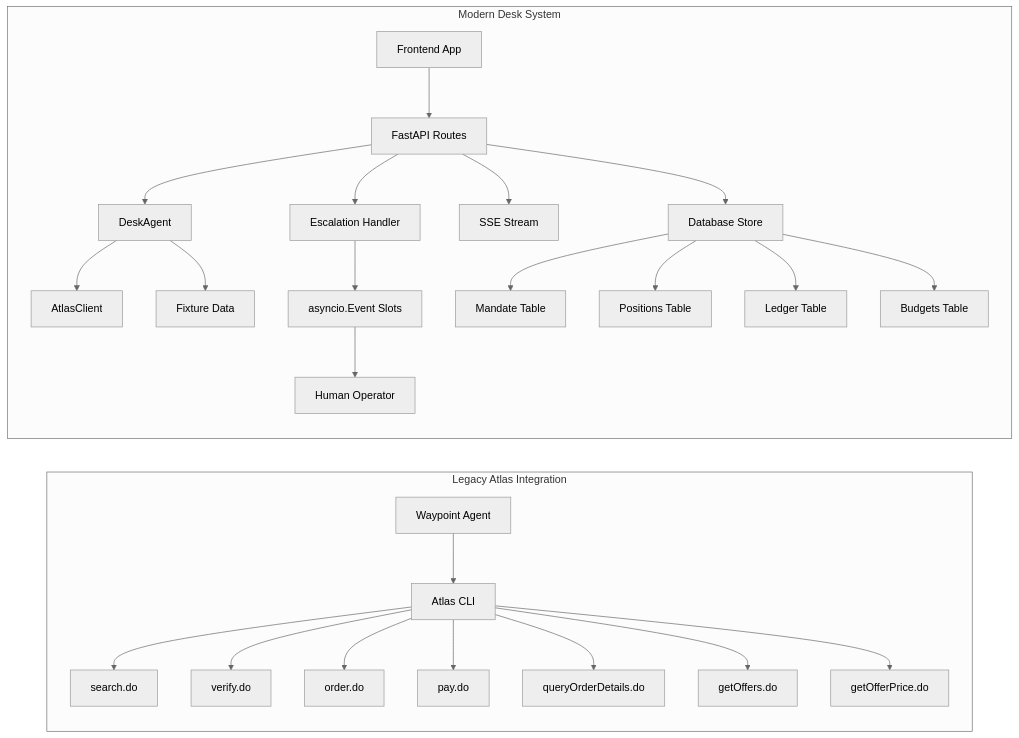
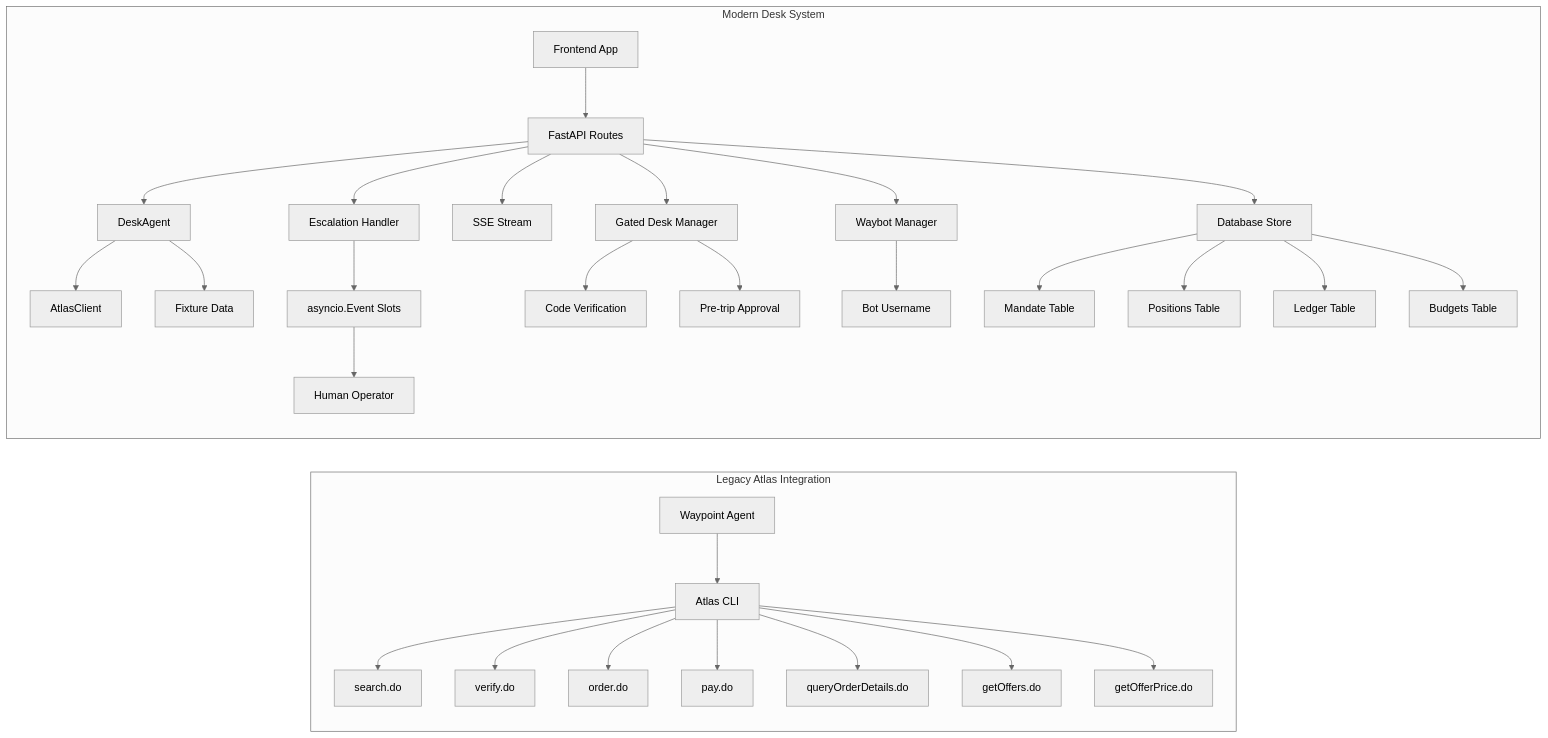
The third of 5 diagrams in .qoder/repowiki/en/content/Atlas Integration/API Endpoints & Usage.md (jaydonnnk/waypoint), drawn with Mermaid (neutral theme) before and after one commit. The commit also changed other lines of this file and 9 other files, not shown here.

````diff
--- a/.qoder/repowiki/en/content/Atlas Integration/API Endpoints & Usage.md
+++ b/.qoder/repowiki/en/content/Atlas Integration/API Endpoints & Usage.md
@@ -590,28 +719,33 @@
 ```mermaid
 graph LR
 subgraph "Legacy Atlas Integration"
 W["Waypoint Agent"] --> C["Atlas CLI"]
 C --> E1["search.do"]
 C --> E2["verify.do"]
 C --> E3["order.do"]
 C --> E4["pay.do"]
 C --> E5["queryOrderDetails.do"]
 C --> E6["getOffers.do"]
 C --> E7["getOfferPrice.do"]
 end
 subgraph "Modern Desk System"
 FE["Frontend App"] --> API["FastAPI Routes"]
 API --> DA["DeskAgent"]
 API --> DB["Database Store"]
 API --> SSE["SSE Stream"]
 API --> EH["Escalation Handler"]
+API --> GM["Gated Desk Manager"]
+API --> WM["Waybot Manager"]
 DA --> AC["AtlasClient"]
 DA --> FL["Fixture Data"]
 EH --> AE["asyncio.Event Slots"]
 AE --> HO["Human Operator"]
+GM --> CV["Code Verification"]
+GM --> PA["Pre-trip Approval"]
+WM --> BU["Bot Username"]
 DB --> MT["Mandate Table"]
 DB --> PT["Positions Table"]
 DB --> LD["Ledger Table"]
 DB --> BT["Budgets Table"]
 end
 ```
````
